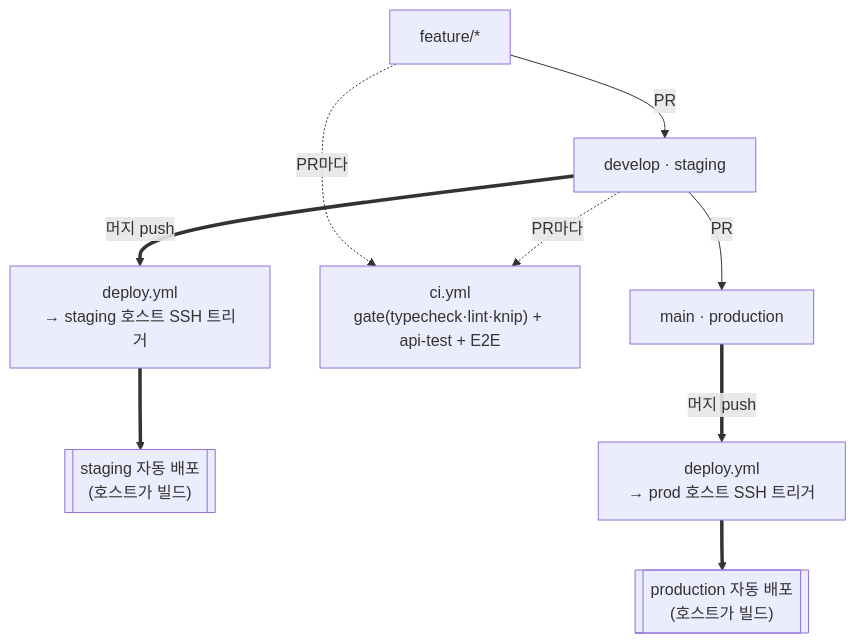
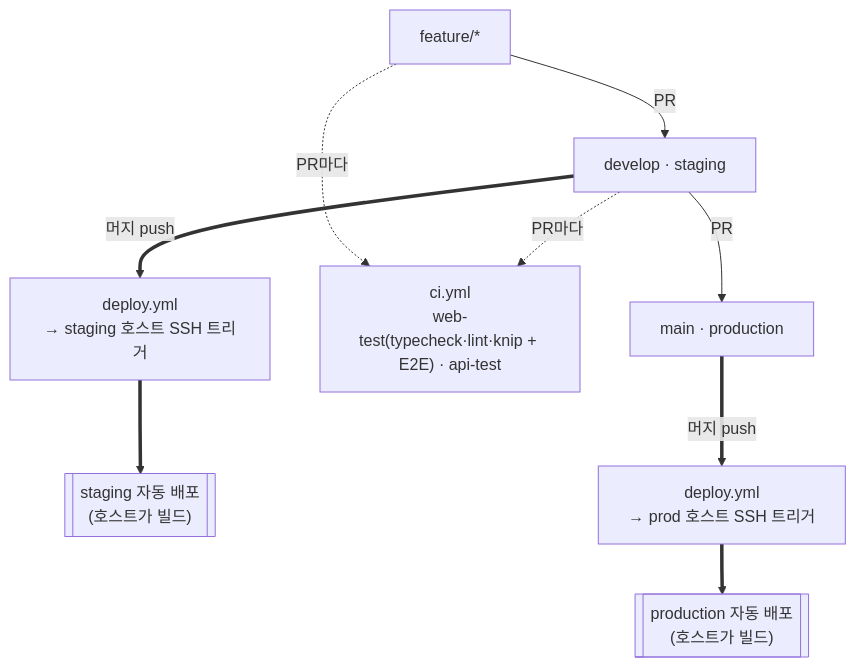
The diagram in README.md (wafflestudio/cse.snu.ac.kr), drawn with Mermaid before and after one commit. The commit also changed other lines of this file and 2 other files, not shown here.

Commit message:
chore(ci): gate 를 e2e 와 합쳐 web-test 로 — api-test 와 대칭

````diff
--- a/README.md
+++ b/README.md
@@ -39,12 +39,12 @@
 ```mermaid
 flowchart TD
   feat["feature/*"] -->|"PR"| dev["develop · staging"]
   dev -->|"PR"| main["main · production"]
 
   feat -. "PR마다" .-> ci
   dev -. "PR마다" .-> ci
-  ci["ci.yml<br/>gate(typecheck·lint·knip) + api-test + E2E"]
+  ci["ci.yml<br/>web-test(typecheck·lint·knip + E2E) · api-test"]
 
   dev ==>|"머지 push"| dstg["deploy.yml<br/>→ staging 호스트 SSH 트리거"] ==> stg[["staging 자동 배포<br/>(호스트가 빌드)"]]
   main ==>|"머지 push"| dprd["deploy.yml<br/>→ prod 호스트 SSH 트리거"] ==> prd[["production 자동 배포<br/>(호스트가 빌드)"]]
 ```
````
